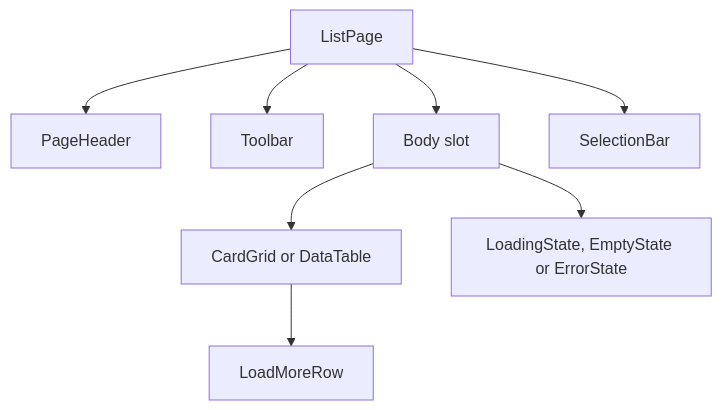
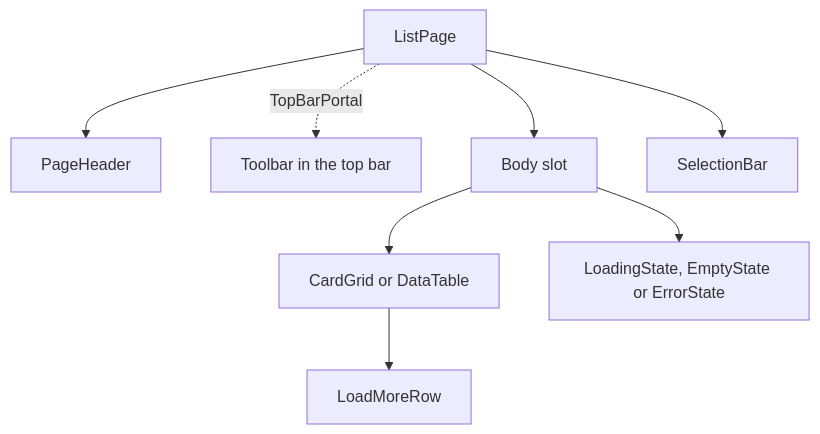
One commit to syudead/vv changed the third of 3 diagrams in docs/design-docs/design-system.md. Above: the diagram before and after it, drawn with Mermaid. The commit also changed other lines of this file and 48 other files, not shown here.

````diff
--- a/docs/design-docs/design-system.md
+++ b/docs/design-docs/design-system.md
@@ -321,10 +322,10 @@
 ```mermaid
 flowchart TD
   page[ListPage] --> header[PageHeader]
-  page --> toolbar[Toolbar]
+  page -.->|TopBarPortal| toolbar[Toolbar in the top bar]
   page --> body[Body slot]
   page --> bar[SelectionBar]
   body --> grid[CardGrid or DataTable]
   body --> state[LoadingState, EmptyState or ErrorState]
   grid --> more[LoadMoreRow]
 ```
````
